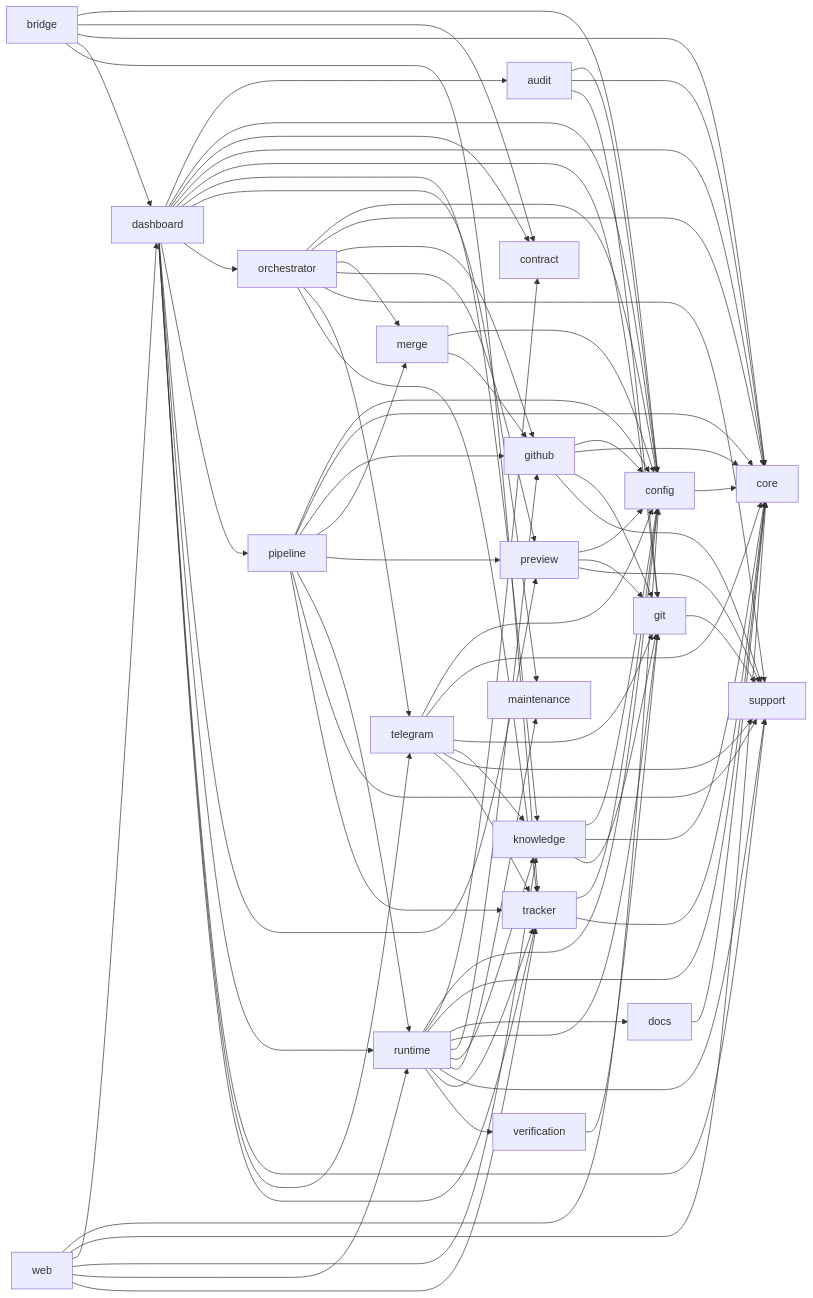
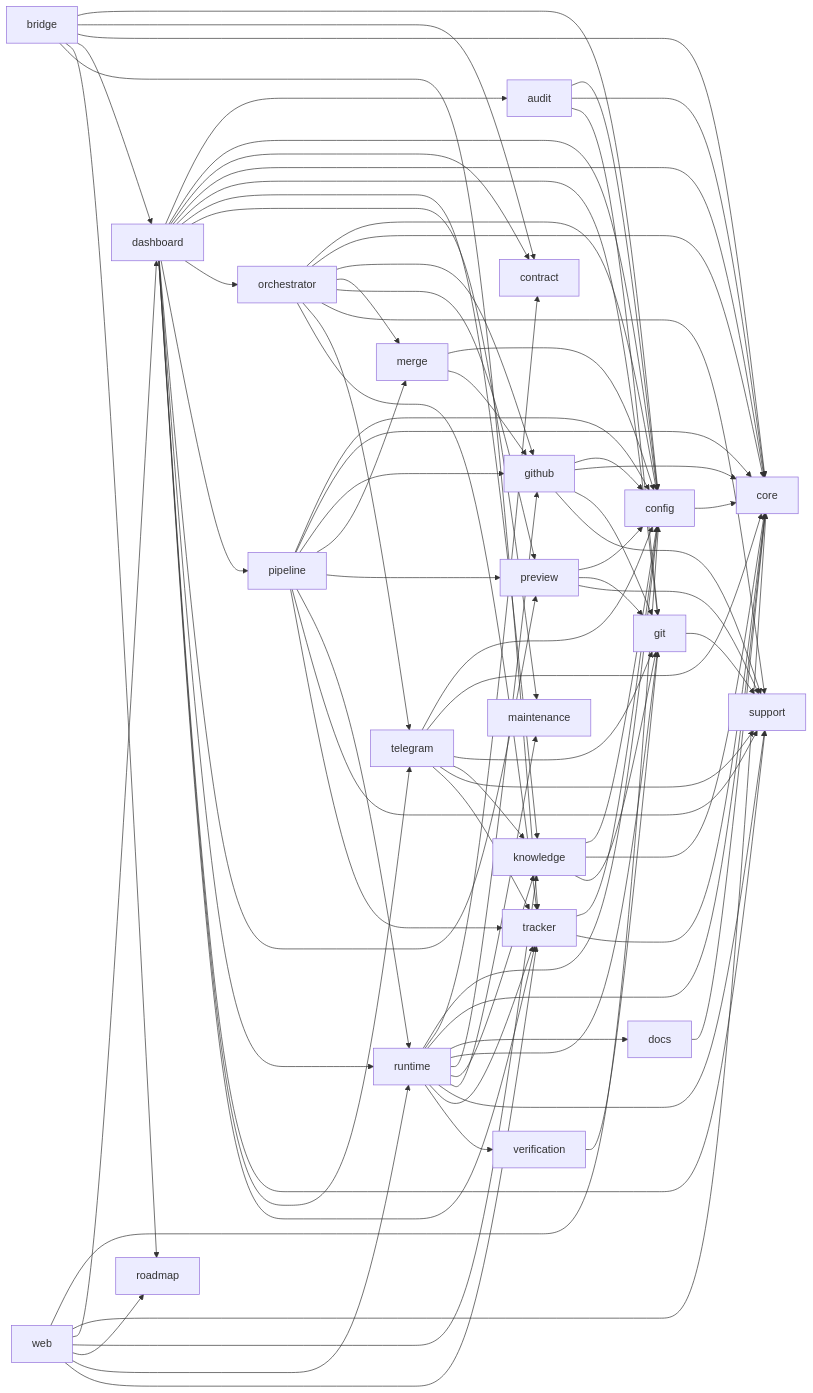
One commit to robbertvdzon/software-factory changed the diagram in docs/technical/module-dependencies.md. Above: the diagram before and after it, drawn with Mermaid. The commit also changed other lines of this file and 31 other files, not shown here.

Commit message:
Voeg klantgestuurde roadmap met epic-afhankelijkheden toe

````diff
--- a/docs/technical/module-dependencies.md
+++ b/docs/technical/module-dependencies.md
@@ -58,6 +58,7 @@
     bridge --> contract
     bridge --> core
     bridge --> dashboard
+    bridge --> roadmap
     bridge --> tracker
     config --> core
     dashboard --> audit
@@ -128,6 +129,7 @@
     web --> core
     web --> dashboard
     web --> knowledge
+    web --> roadmap
     web --> runtime
     web --> tracker
 ```
````
